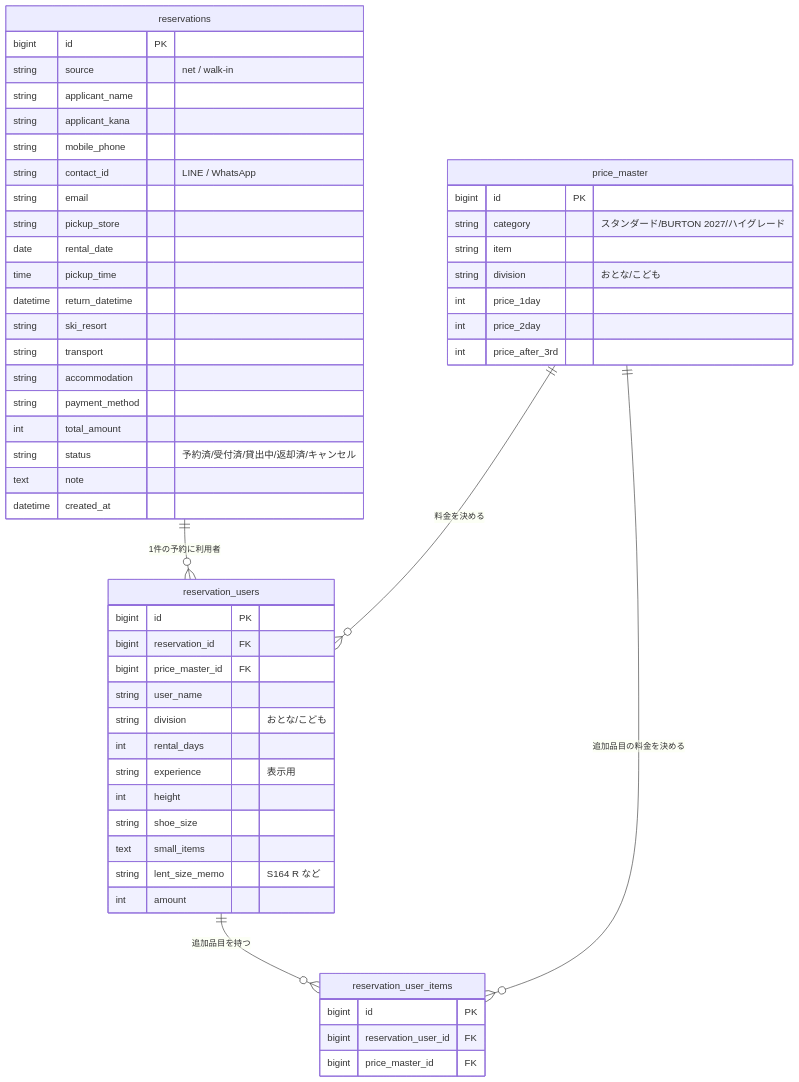
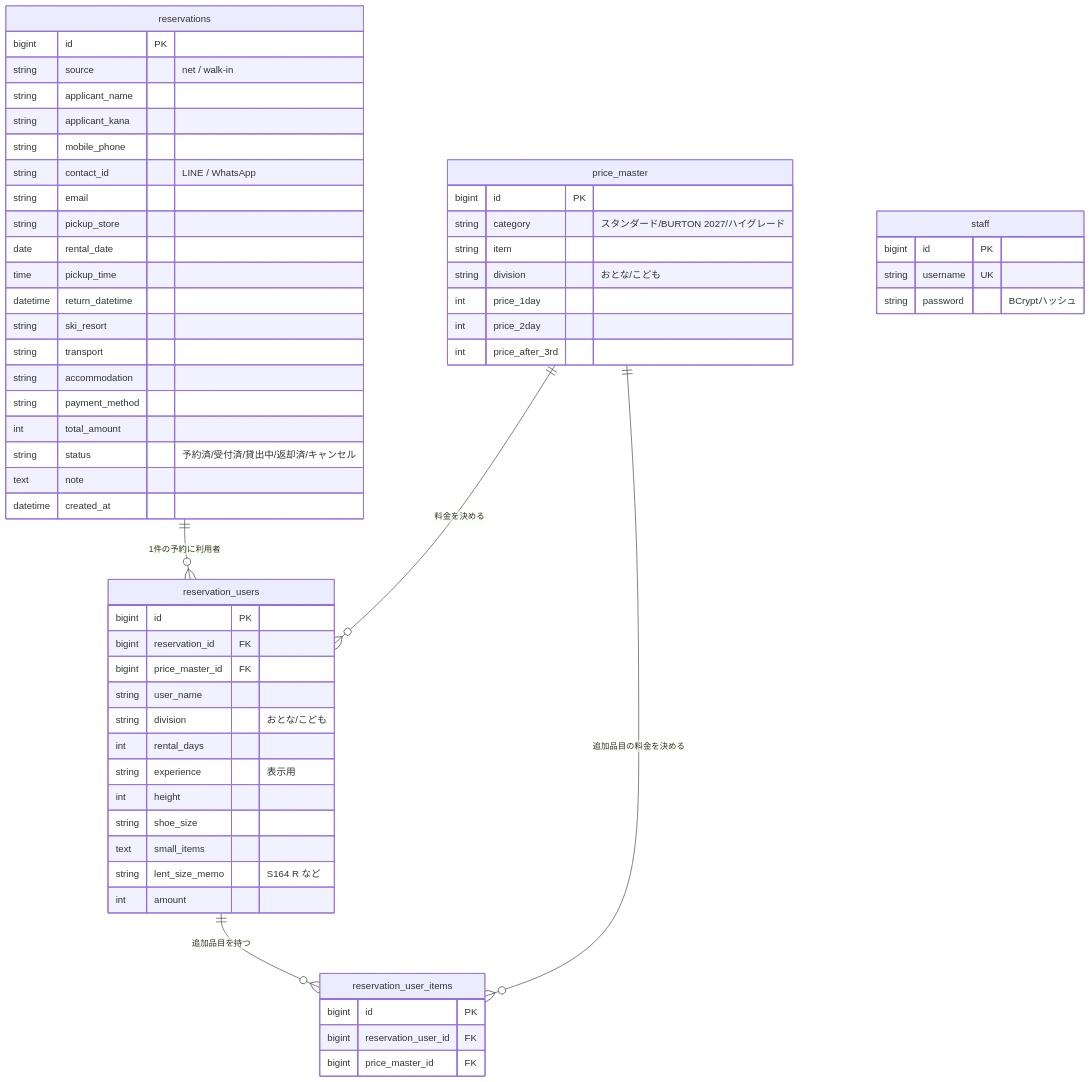
The diagram in docs/02-er-diagram.md (nasu-tomomi/rental-desk), drawn with Mermaid before and after one commit. The commit also changed other lines of this file, not shown here.

Commit message:
docs: ER図に独立したstaff認証テーブルを追加

````diff
--- a/docs/02-er-diagram.md
+++ b/docs/02-er-diagram.md
@@ -74,57 +81,62 @@
 ```mermaid
 erDiagram
     reservations ||--o{ reservation_users : "1件の予約に利用者"
     price_master ||--o{ reservation_users : "料金を決める"
     reservation_users ||--o{ reservation_user_items : "追加品目を持つ"
     price_master ||--o{ reservation_user_items : "追加品目の料金を決める"
 
     reservations {
         bigint id PK
         string source "net / walk-in"
         string applicant_name
         string applicant_kana
         string mobile_phone
         string contact_id "LINE / WhatsApp"
         string email
         string pickup_store
         date rental_date
         time pickup_time
         datetime return_datetime
         string ski_resort
         string transport
         string accommodation
         string payment_method
         int total_amount
         string status "予約済/受付済/貸出中/返却済/キャンセル"
         text note
         datetime created_at
     }
     reservation_users {
         bigint id PK
         bigint reservation_id FK
         bigint price_master_id FK
         string user_name
         string division "おとな/こども"
         int rental_days
         string experience "表示用"
         int height
         string shoe_size
         text small_items
         string lent_size_memo "S164 R など"
         int amount
     }
     reservation_user_items {
         bigint id PK
         bigint reservation_user_id FK
         bigint price_master_id FK
     }
+    staff {
+        bigint id PK
+        string username UK
+        string password "BCryptハッシュ"
+    }
     price_master {
         bigint id PK
         string category "スタンダード/BURTON 2027/ハイグレード"
         string item
         string division "おとな/こども"
         int price_1day
         int price_2day
         int price_after_3rd
     }
 ```
````
